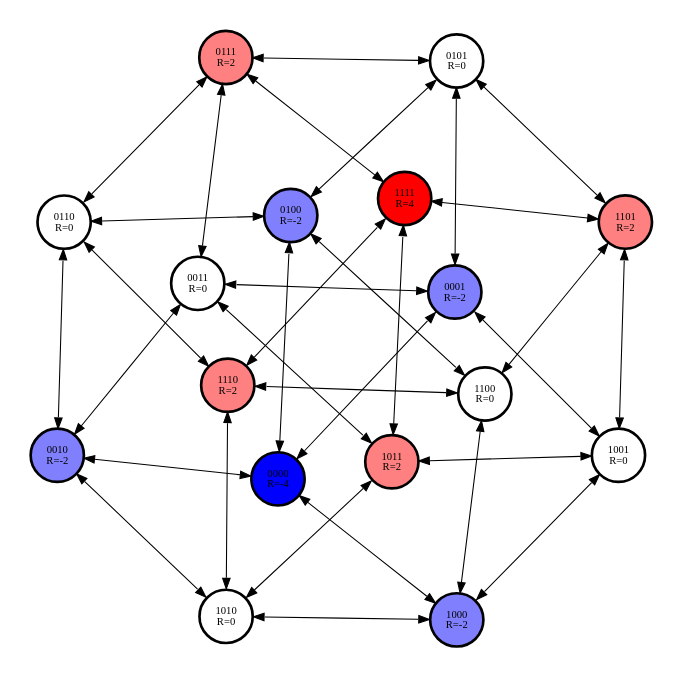
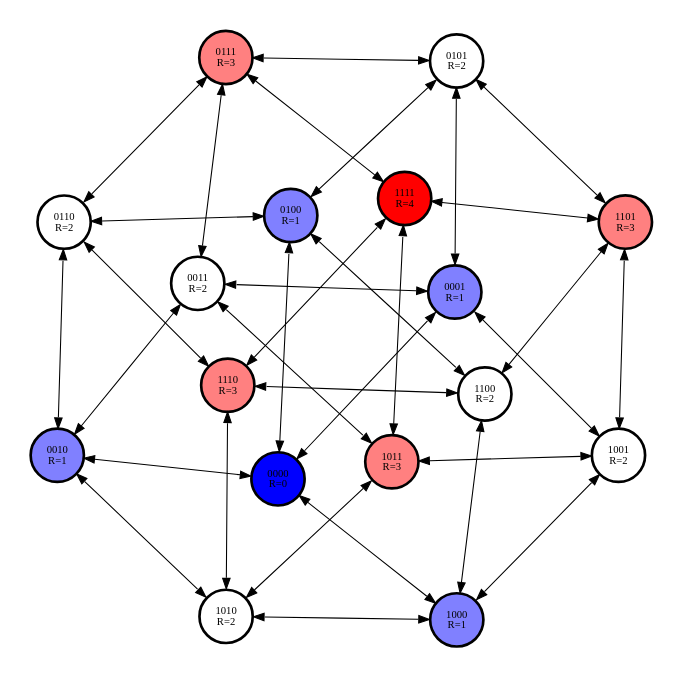
Before and after one commit to Pulpanj/s2_nahoda_chaos: the diagram in posts/p1_galtonova_deska/graph4.dot, drawn with Graphviz. The commit also changed 5 other files, not shown here.

Commit message:
update graph psy a blechy

```diff
--- a/posts/p1_galtonova_deska/graph4.dot
+++ b/posts/p1_galtonova_deska/graph4.dot
@@ -1,56 +1,56 @@
 digraph G {
   graph [layout=neato;nodesep=4.0];
   node [fontsize=4 width=0.28 height=0.28 fixedsize=true shape=circle style=filled];
 
   edge [fontsize=6 penwidth=0.4 arrowsize=0.4];
 
-  "0000" [label="0000\nR=-4", fillcolor="#0000ff"]; 
-  "0001" [label="0001\nR=-2", fillcolor="#8080ff"]; 
-  "0010" [label="0010\nR=-2", fillcolor="#8080ff"]; 
-  "0011" [label="0011\nR=0", fillcolor="#ffffff"]; 
-  "0100" [label="0100\nR=-2", fillcolor="#8080ff"]; 
-  "0101" [label="0101\nR=0", fillcolor="#ffffff"]; 
-  "0110" [label="0110\nR=0", fillcolor="#ffffff"]; 
-  "0111" [label="0111\nR=2", fillcolor="#ff8080"]; 
-  "1000" [label="1000\nR=-2", fillcolor="#8080ff"]; 
-  "1001" [label="1001\nR=0", fillcolor="#ffffff"]; 
-  "1010" [label="1010\nR=0", fillcolor="#ffffff"]; 
-  "1011" [label="1011\nR=2", fillcolor="#ff8080"]; 
-  "1100" [label="1100\nR=0", fillcolor="#ffffff"]; 
-  "1101" [label="1101\nR=2", fillcolor="#ff8080"]; 
-  "1110" [label="1110\nR=2", fillcolor="#ff8080"]; 
+  "0000" [label="0000\nR=0", fillcolor="#0000ff"]; 
+  "0001" [label="0001\nR=1", fillcolor="#8080ff"]; 
+  "0010" [label="0010\nR=1", fillcolor="#8080ff"]; 
+  "0011" [label="0011\nR=2", fillcolor="#ffffff"]; 
+  "0100" [label="0100\nR=1", fillcolor="#8080ff"]; 
+  "0101" [label="0101\nR=2", fillcolor="#ffffff"]; 
+  "0110" [label="0110\nR=2", fillcolor="#ffffff"]; 
+  "0111" [label="0111\nR=3", fillcolor="#ff8080"]; 
+  "1000" [label="1000\nR=1", fillcolor="#8080ff"]; 
+  "1001" [label="1001\nR=2", fillcolor="#ffffff"]; 
+  "1010" [label="1010\nR=2", fillcolor="#ffffff"]; 
+  "1011" [label="1011\nR=3", fillcolor="#ff8080"]; 
+  "1100" [label="1100\nR=2", fillcolor="#ffffff"]; 
+  "1101" [label="1101\nR=3", fillcolor="#ff8080"]; 
+  "1110" [label="1110\nR=3", fillcolor="#ff8080"]; 
   "1111" [label="1111\nR=4", fillcolor="#ff0000"]; 
 
   "0000" -> "0001" [dir=both];
   "0000" -> "0010" [dir=both];
   "0000" -> "0100" [dir=both];
   "0000" -> "1000" [dir=both];
   "0001" -> "0011" [dir=both];
   "0001" -> "0101" [dir=both];
   "0001" -> "1001" [dir=both];
   "0010" -> "0011" [dir=both];
   "0010" -> "0110" [dir=both];
   "0010" -> "1010" [dir=both];
   "0011" -> "0111" [dir=both];
   "0011" -> "1011" [dir=both];
   "0100" -> "0101" [dir=both];
   "0100" -> "0110" [dir=both];
   "0100" -> "1100" [dir=both];
   "0101" -> "0111" [dir=both];
   "0101" -> "1101" [dir=both];
   "0110" -> "0111" [dir=both];
   "0110" -> "1110" [dir=both];
   "0111" -> "1111" [dir=both];
   "1000" -> "1001" [dir=both];
   "1000" -> "1010" [dir=both];
   "1000" -> "1100" [dir=both];
   "1001" -> "1011" [dir=both];
   "1001" -> "1101" [dir=both];
   "1010" -> "1011" [dir=both];
   "1010" -> "1110" [dir=both];
   "1011" -> "1111" [dir=both];
   "1100" -> "1101" [dir=both];
   "1100" -> "1110" [dir=both];
   "1101" -> "1111" [dir=both];
   "1110" -> "1111" [dir=both];
 }
```
